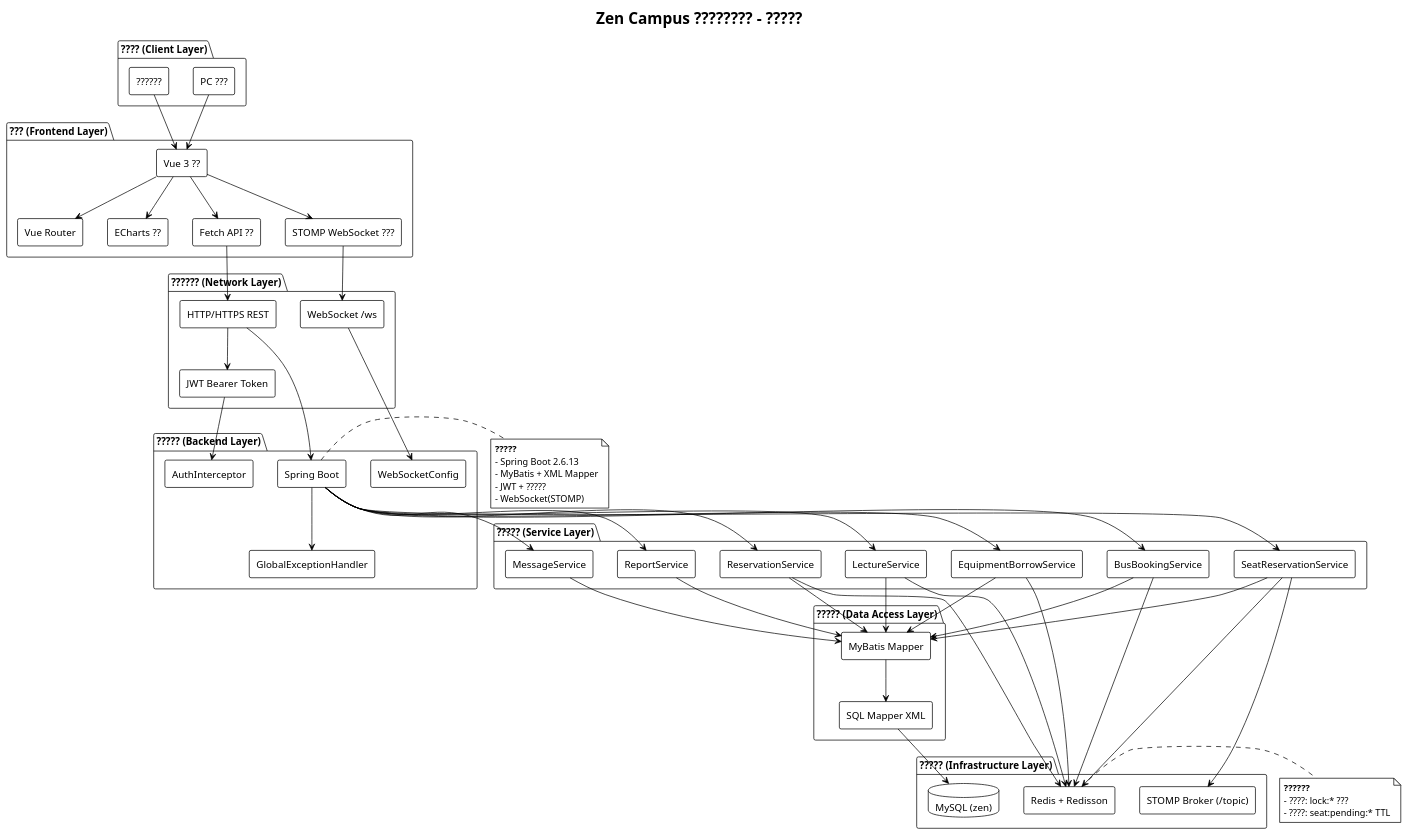
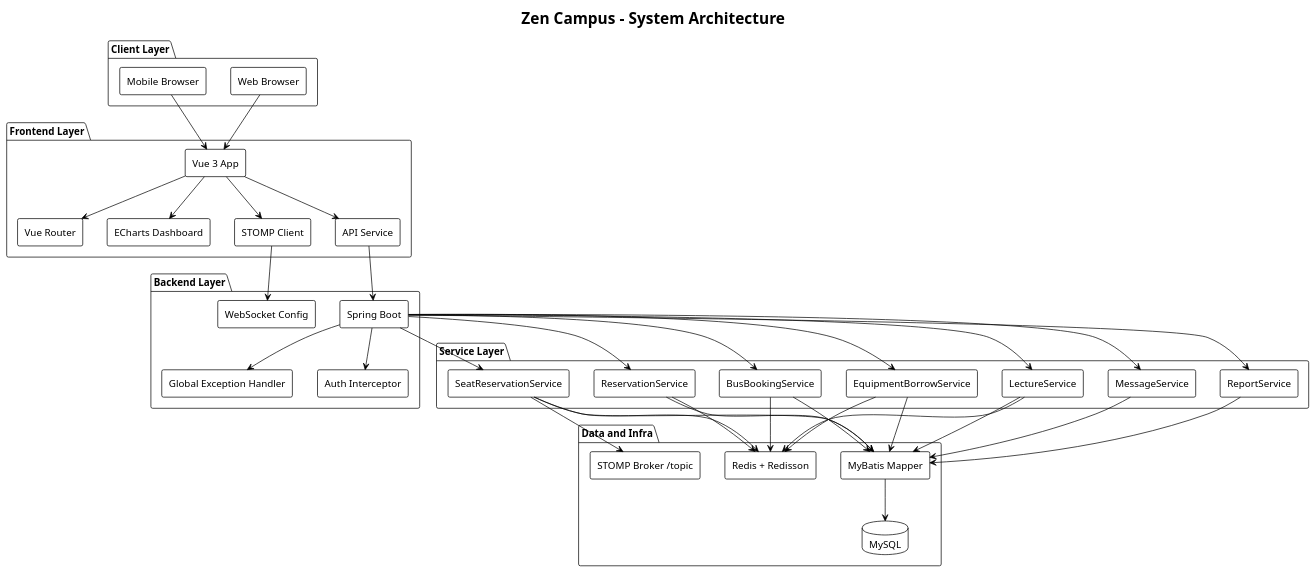
The diagram in report/result/charts/01_System_Architecture.puml (ooyyh/zen), drawn with PlantUML before and after one commit. The commit also changed 16 other files, not shown here.

```diff
--- a/report/result/charts/01_System_Architecture.puml
+++ b/report/result/charts/01_System_Architecture.puml
@@ -1,110 +1,77 @@
-@startuml ?????
+@startuml System Architecture
 !theme plain
 skinparam backgroundColor #FFFFFF
 skinparam componentStyle rectangle
 
-title Zen Campus ???????? - ?????
+title Zen Campus - System Architecture
 
-package "???? (Client Layer)" {
-  [PC ???] as Browser
-  [??????] as Mobile
+package "Client Layer" {
+  [Web Browser] as Browser
+  [Mobile Browser] as Mobile
 }
 
-package "??? (Frontend Layer)" {
-  [Vue 3 ??] as VueApp
+package "Frontend Layer" {
+  [Vue 3 App] as VueApp
   [Vue Router] as Router
-  [ECharts ??] as ECharts
-  [STOMP WebSocket ???] as StompClient
-  [Fetch API ??] as FetchApi
+  [ECharts Dashboard] as Echarts
+  [STOMP Client] as Stomp
+  [API Service] as Api
 }
 
-package "?????? (Network Layer)" {
-  [HTTP/HTTPS REST] as HttpRest
-  [WebSocket /ws] as Ws
-  [JWT Bearer Token] as JwtToken
+package "Backend Layer" {
+  [Spring Boot] as Boot
+  [Auth Interceptor] as Auth
+  [Global Exception Handler] as Ex
+  [WebSocket Config] as WsCfg
 }
 
-package "????? (Backend Layer)" {
-  [Spring Boot] as SpringBoot
-  [AuthInterceptor] as AuthInterceptor
-  [GlobalExceptionHandler] as ExceptionHandler
-  [WebSocketConfig] as WsConfig
+package "Service Layer" {
+  [ReservationService] as S1
+  [LectureService] as S2
+  [EquipmentBorrowService] as S3
+  [BusBookingService] as S4
+  [SeatReservationService] as S5
+  [MessageService] as S6
+  [ReportService] as S7
 }
 
-package "????? (Service Layer)" {
-  [ReservationService] as ReservationService
-  [LectureService] as LectureService
-  [EquipmentBorrowService] as EquipmentBorrowService
-  [BusBookingService] as BusBookingService
-  [SeatReservationService] as SeatReservationService
-  [MessageService] as MessageService
-  [ReportService] as ReportService
-}
-
-package "????? (Data Access Layer)" {
+package "Data and Infra" {
   [MyBatis Mapper] as Mapper
-  [SQL Mapper XML] as MapperXml
-}
-
-package "????? (Infrastructure Layer)" {
-  database "MySQL (zen)" as Mysql
+  database "MySQL" as MySQL
   [Redis + Redisson] as Redis
-  [STOMP Broker (/topic)] as Broker
+  [STOMP Broker /topic] as Broker
 }
 
 Browser --> VueApp
 Mobile --> VueApp
 VueApp --> Router
-VueApp --> ECharts
-VueApp --> FetchApi
-VueApp --> StompClient
-
-FetchApi --> HttpRest
-HttpRest --> SpringBoot
-StompClient --> Ws
-Ws --> WsConfig
-
-HttpRest --> JwtToken
-JwtToken --> AuthInterceptor
-SpringBoot --> ExceptionHandler
-
-SpringBoot --> ReservationService
-SpringBoot --> LectureService
-SpringBoot --> EquipmentBorrowService
-SpringBoot --> BusBookingService
-SpringBoot --> SeatReservationService
-SpringBoot --> MessageService
-SpringBoot --> ReportService
-
-ReservationService --> Mapper
-LectureService --> Mapper
-EquipmentBorrowService --> Mapper
-BusBookingService --> Mapper
-SeatReservationService --> Mapper
-MessageService --> Mapper
-ReportService --> Mapper
-
-Mapper --> MapperXml
-MapperXml --> Mysql
-ReservationService --> Redis
-LectureService --> Redis
-EquipmentBorrowService --> Redis
-BusBookingService --> Redis
-SeatReservationService --> Redis
-SeatReservationService --> Broker
-
-note right of Redis
-  **??????**
-  - ????: lock:* ???
-  - ????: seat:pending:* TTL
-end note
-
-note right of SpringBoot
-  **?????**
-  - Spring Boot 2.6.13
-  - MyBatis + XML Mapper
-  - JWT + ?????
-  - WebSocket(STOMP)
-end note
+VueApp --> Echarts
+VueApp --> Stomp
+VueApp --> Api
+Api --> Boot
+Stomp --> WsCfg
+Boot --> Auth
+Boot --> Ex
+Boot --> S1
+Boot --> S2
+Boot --> S3
+Boot --> S4
+Boot --> S5
+Boot --> S6
+Boot --> S7
+S1 --> Mapper
+S2 --> Mapper
+S3 --> Mapper
+S4 --> Mapper
+S5 --> Mapper
+S6 --> Mapper
+S7 --> Mapper
+Mapper --> MySQL
+S1 --> Redis
+S2 --> Redis
+S3 --> Redis
+S4 --> Redis
+S5 --> Redis
+S5 --> Broker
 
 @enduml
```
